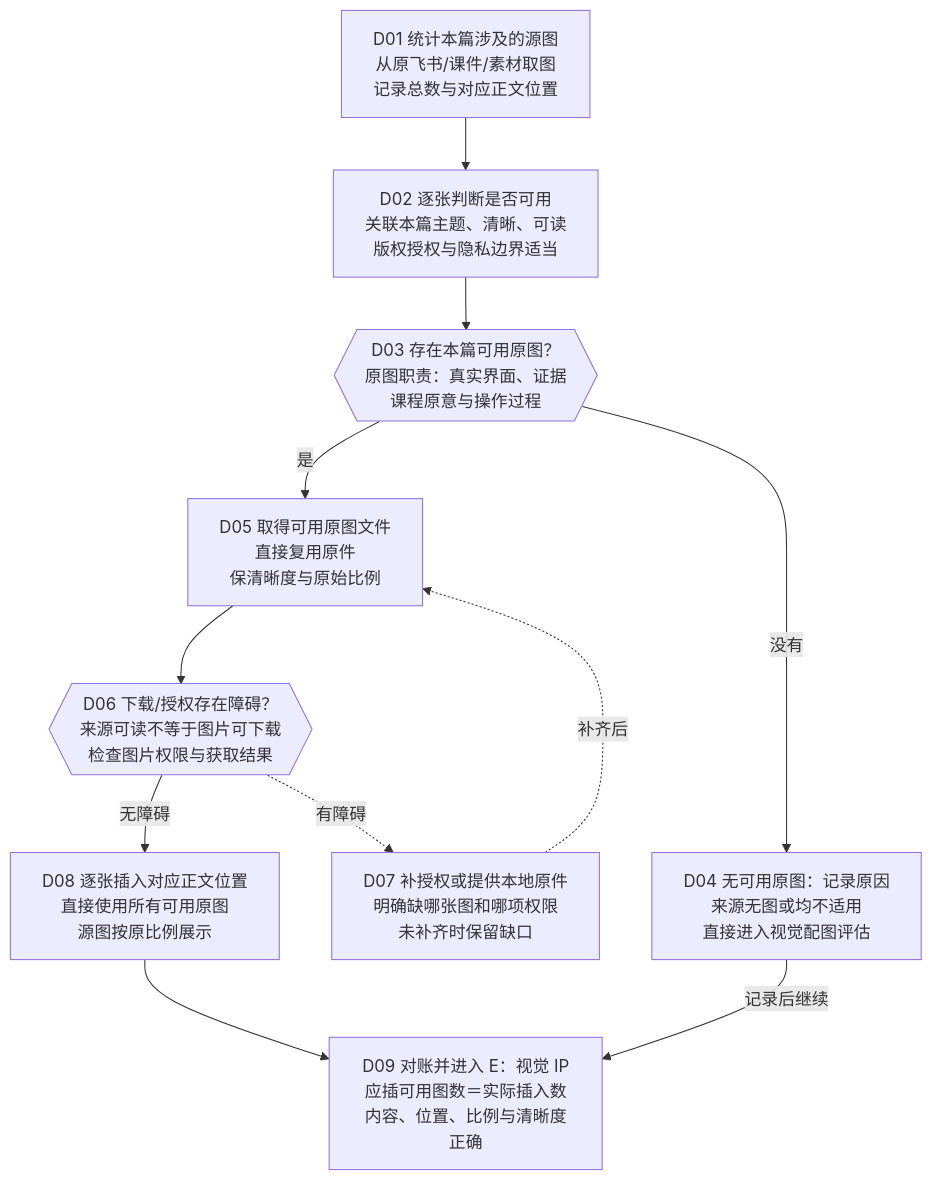
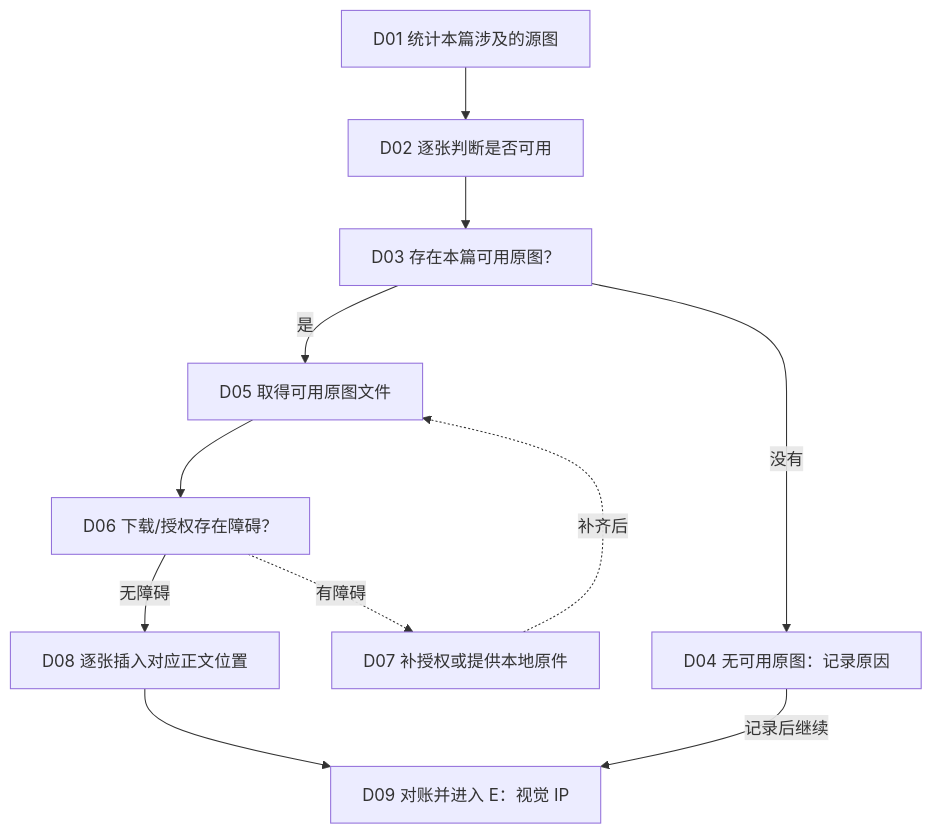
Before and after one commit to banmu23/banmu-skills: the fifth of 8 diagrams in plugins/feishu-kb-product-builder/skills/feishu-kb-product-builder/references/流程图.md, drawn with Mermaid. The commit also changed other lines of this file and 53 other files, not shown here.

Commit message:
发布知识库 V3 与正文配图 V2：关键锚点、丰富表演和高质感光影

````diff
--- a/plugins/feishu-kb-product-builder/skills/feishu-kb-product-builder/references/流程图.md
+++ b/plugins/feishu-kb-product-builder/skills/feishu-kb-product-builder/references/流程图.md
@@ -214,22 +202,22 @@
 ```mermaid
 flowchart TD
-  D01["D01 统计本篇涉及的源图<br/>从原飞书/课件/素材取图<br/>记录总数与对应正文位置"]
-  D02["D02 逐张判断是否可用<br/>关联本篇主题、清晰、可读<br/>版权授权与隐私边界适当"]
-  D03{{"D03 存在本篇可用原图？<br/>原图职责：真实界面、证据<br/>课程原意与操作过程"}}
-  D04["D04 无可用原图：记录原因<br/>来源无图或均不适用<br/>直接进入视觉配图评估"]
-  D05["D05 取得可用原图文件<br/>直接复用原件<br/>保清晰度与原始比例"]
-  D06{{"D06 下载/授权存在障碍？<br/>来源可读不等于图片可下载<br/>检查图片权限与获取结果"}}
-  D07["D07 补授权或提供本地原件<br/>明确缺哪张图和哪项权限<br/>未补齐时保留缺口"]
-  D08["D08 逐张插入对应正文位置<br/>直接使用所有可用原图<br/>源图按原比例展示"]
-  D09["D09 对账并进入 E：视觉 IP<br/>应插可用图数＝实际插入数<br/>内容、位置、比例与清晰度正确"]
+  D01["D01 统计本篇涉及的源图"]
+  D02["D02 逐张判断是否可用"]
+  D03["D03 存在本篇可用原图？"]
+  D04["D04 无可用原图：记录原因"]
+  D05["D05 取得可用原图文件"]
+  D06["D06 下载/授权存在障碍？"]
+  D07["D07 补授权或提供本地原件"]
+  D08["D08 逐张插入对应正文位置"]
+  D09["D09 对账并进入 E：视觉 IP"]
   D01 --> D02
   D02 --> D03
   D03 --> |是| D05
   D05 --> D06
   D06 --> |无障碍| D08
   D08 --> D09
   D03 --> |没有| D04
   D04 --> |记录后继续| D09
   D06 -.-> |有障碍| D07
   D07 -.-> |补齐后| D05
 ```
````
